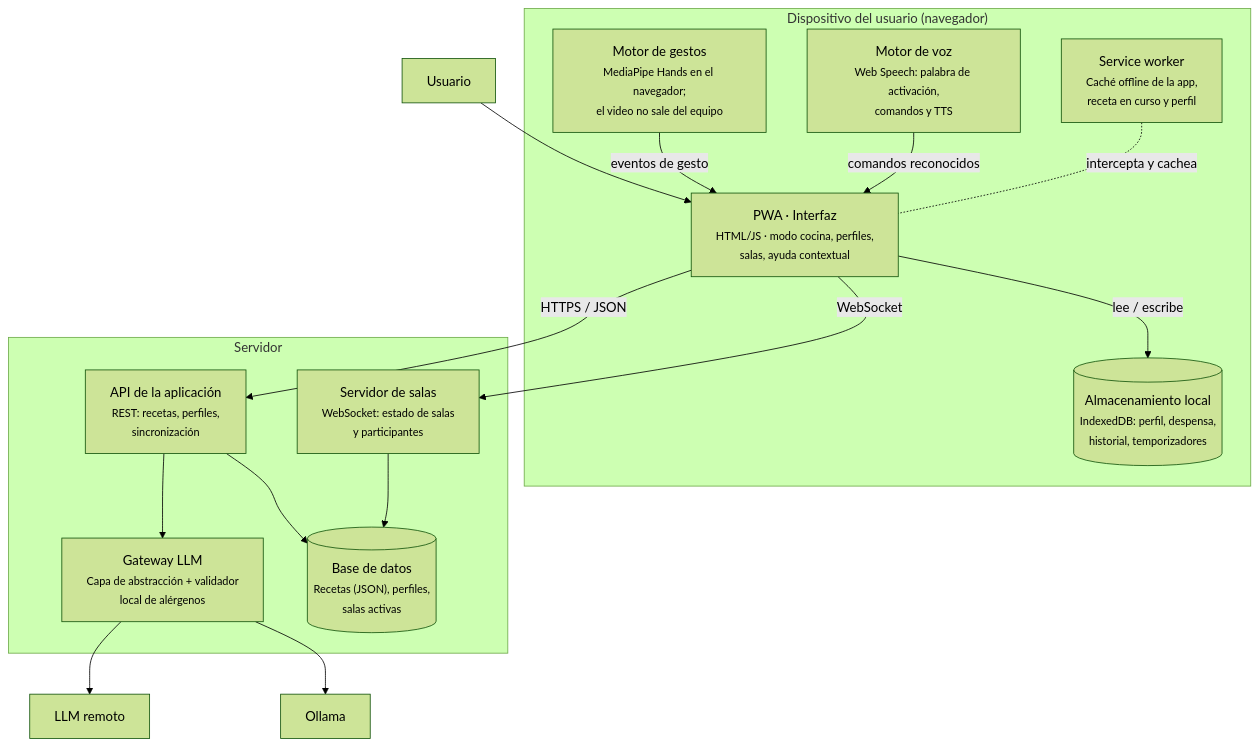
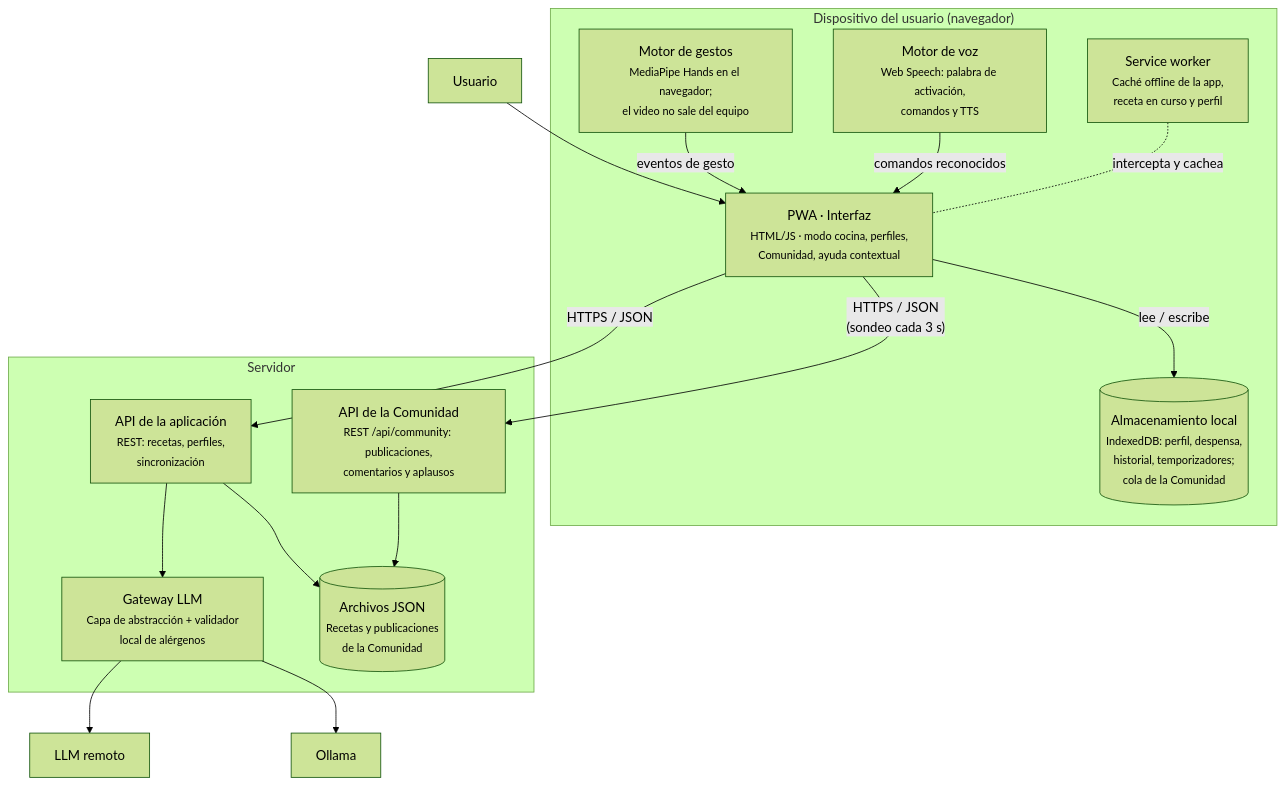
The second of 5 diagrams in docs/arquitectura/README.md (Akira-13/chef-en-el-aire), drawn with Mermaid (forest theme) before and after one commit. The commit also changed other lines of this file, not shown here.

Commit message:
docs: arquitectura con la Comunidad asíncrona en lugar de las salas

````diff
--- a/docs/arquitectura/README.md
+++ b/docs/arquitectura/README.md
@@ -39,35 +39,35 @@
 ```mermaid
 flowchart TB
     usuario["Usuario"]
 
     subgraph dispositivo["Dispositivo del usuario (navegador)"]
-        pwa["PWA · Interfaz<br/><small>HTML/JS · modo cocina, perfiles,<br/>salas, ayuda contextual</small>"]
+        pwa["PWA · Interfaz<br/><small>HTML/JS · modo cocina, perfiles,<br/>Comunidad, ayuda contextual</small>"]
         sw["Service worker<br/><small>Caché offline de la app,<br/>receta en curso y perfil</small>"]
         gestos["Motor de gestos<br/><small>MediaPipe Hands en el navegador;<br/>el video no sale del equipo</small>"]
         voz["Motor de voz<br/><small>Web Speech: palabra de activación,<br/>comandos y TTS</small>"]
-        local[("Almacenamiento local<br/><small>IndexedDB: perfil, despensa,<br/>historial, temporizadores</small>")]
+        local[("Almacenamiento local<br/><small>IndexedDB: perfil, despensa,<br/>historial, temporizadores;<br/>cola de la Comunidad</small>")]
     end
 
     subgraph servidor["Servidor"]
         api["API de la aplicación<br/><small>REST: recetas, perfiles,<br/>sincronización</small>"]
         gateway["Gateway LLM<br/><small>Capa de abstracción + validador<br/>local de alérgenos</small>"]
-        salas["Servidor de salas<br/><small>WebSocket: estado de salas<br/>y participantes</small>"]
-        bd[("Base de datos<br/><small>Recetas (JSON), perfiles,<br/>salas activas</small>")]
+        comunidad["API de la Comunidad<br/><small>REST /api/community: publicaciones,<br/>comentarios y aplausos</small>"]
+        bd[("Archivos JSON<br/><small>Recetas y publicaciones<br/>de la Comunidad</small>")]
     end
 
     llmRemoto["LLM remoto"]
     llmLocal["Ollama"]
 
     usuario --> pwa
     gestos -- "eventos de gesto" --> pwa
     voz -- "comandos reconocidos" --> pwa
     pwa -- "lee / escribe" --> local
     sw -.-|intercepta y cachea| pwa
     pwa -- "HTTPS / JSON" --> api
-    pwa -- "WebSocket" --> salas
+    pwa -- "HTTPS / JSON<br/>(sondeo cada 3 s)" --> comunidad
     api --> gateway
     api --> bd
-    salas --> bd
+    comunidad --> bd
     gateway --> llmRemoto
     gateway --> llmLocal
 ```
````
